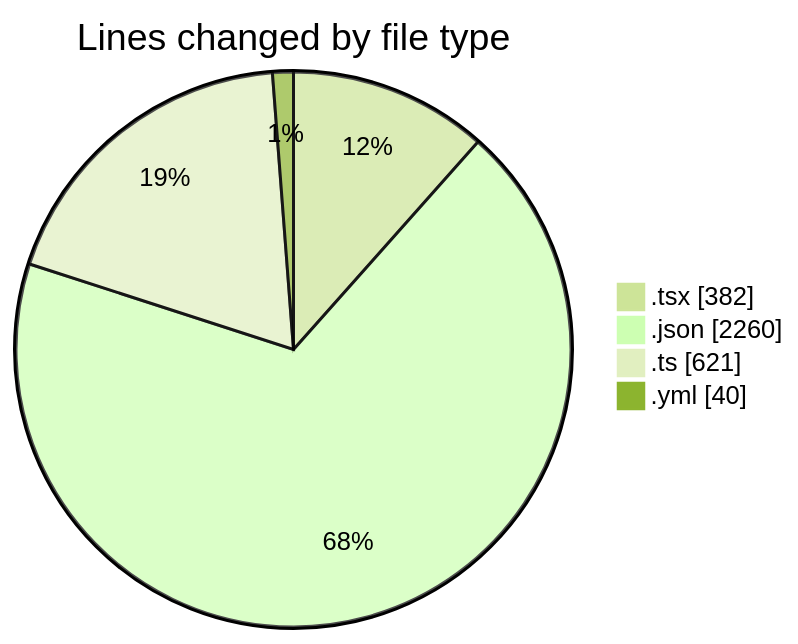
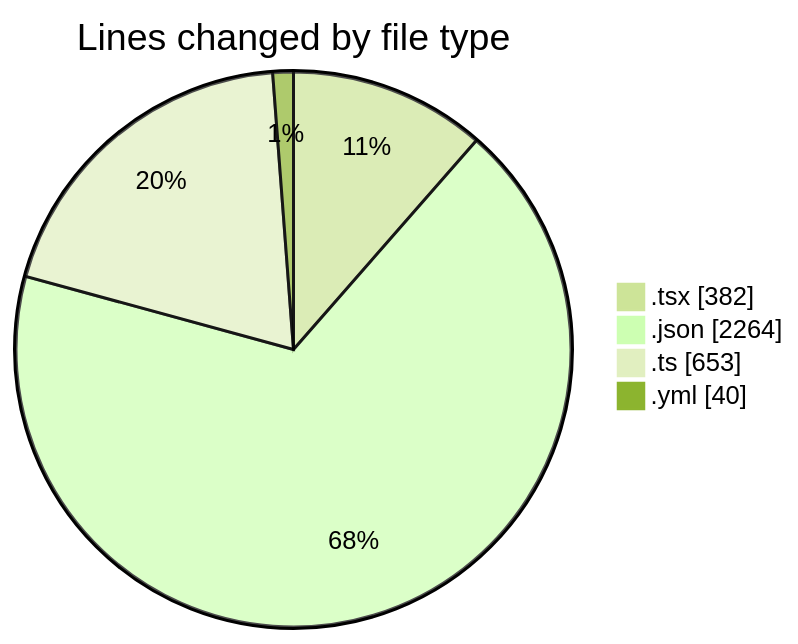
The first of 2 diagrams in 2025-11-28/eventscop-frontend-guide__workspace_/README.md (julien-gomy/code-tracking), drawn with Mermaid (forest theme) before and after one commit. The commit also changed other lines of this file and 1 other file, not shown here.

````diff
--- a/2025-11-28/eventscop-frontend-guide__workspace_/README.md
+++ b/2025-11-28/eventscop-frontend-guide__workspace_/README.md
@@ -29,8 +29,8 @@
 ```mermaid
 pie showData
 title Lines changed by file type
 ".tsx" : 382
-".json" : 2260
-".ts" : 621
+".json" : 2264
+".ts" : 653
 ".yml" : 40
 ```
````
